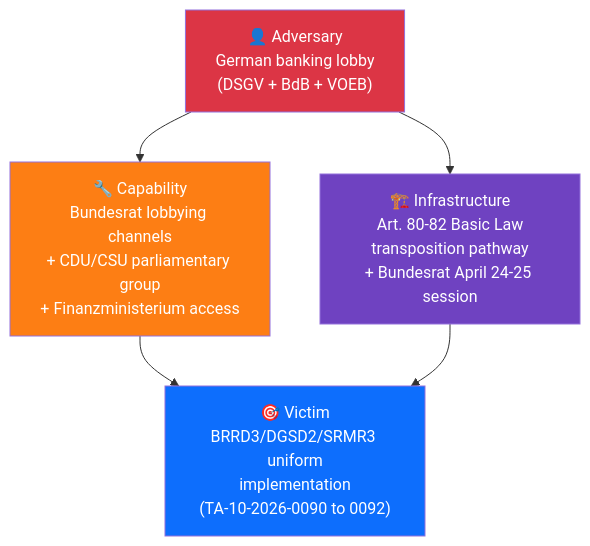
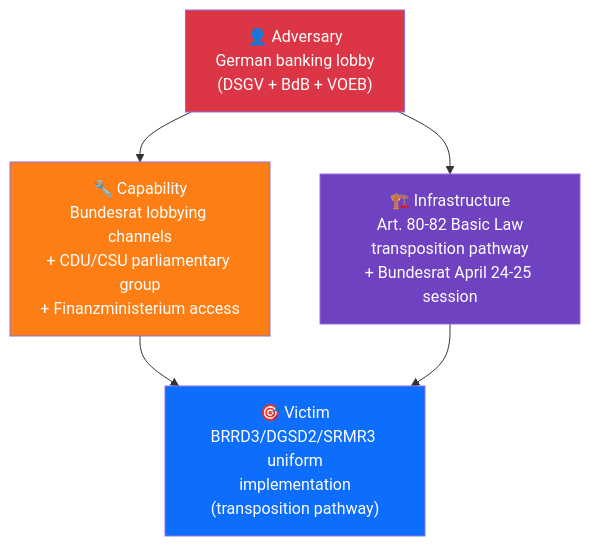
The first of 5 diagrams in analysis/daily/2026-04-18/breaking-run184/intelligence/threat-model.md (Hack23/euparliamentmonitor), drawn with Mermaid before and after one commit. The commit also changed other lines of this file and 3 other files, not shown here.

````diff
--- a/analysis/daily/2026-04-18/breaking-run184/intelligence/threat-model.md
+++ b/analysis/daily/2026-04-18/breaking-run184/intelligence/threat-model.md
@@ -39,12 +39,12 @@
 ```mermaid
 graph TD
     ADV["👤 Adversary<br/>German banking lobby<br/>(DSGV + BdB + VOEB)"] --> CAP["🔧 Capability<br/>Bundesrat lobbying channels<br/>+ CDU/CSU parliamentary group<br/>+ Finanzministerium access"]
     ADV --> INF["🏗️ Infrastructure<br/>Art. 80-82 Basic Law<br/>transposition pathway<br/>+ Bundesrat April 24-25 session"]
-    CAP --> VIC["🎯 Victim<br/>BRRD3/DGSD2/SRMR3 uniform<br/>implementation<br/>(TA-10-2026-0090 to 0092)"]
+    CAP --> VIC["🎯 Victim<br/>BRRD3/DGSD2/SRMR3 uniform<br/>implementation<br/>(transposition pathway)"]
     INF --> VIC
 
     style ADV fill:#dc3545,color:#fff
     style CAP fill:#fd7e14,color:#fff
     style INF fill:#6f42c1,color:#fff
     style VIC fill:#0d6efd,color:#fff
 ```
````
